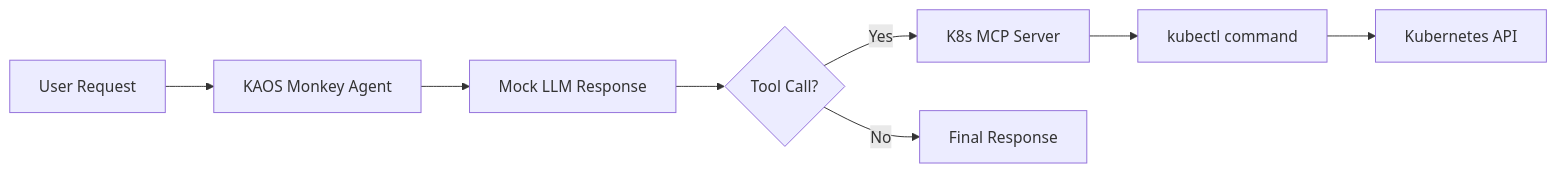
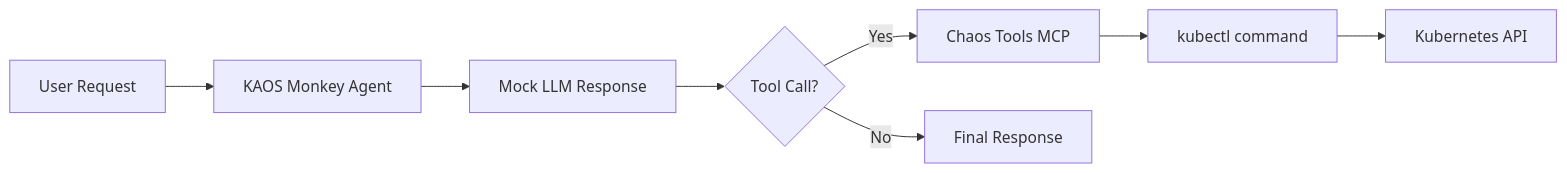
Before and after one commit to axsaucedo/kaos: the diagram in docs/examples/kaos-monkey.md, drawn with Mermaid. The commit also changed other lines of this file and 2 other files, not shown here.

````diff
--- a/docs/examples/kaos-monkey.md
+++ b/docs/examples/kaos-monkey.md
@@ -114,10 +287,10 @@
 ```mermaid
 graph LR
     A[User Request] --> B[KAOS Monkey Agent]
     B --> C[Mock LLM Response]
     C --> D{Tool Call?}
-    D -->|Yes| E[K8s MCP Server]
+    D -->|Yes| E[Chaos Tools MCP]
     E --> F[kubectl command]
     F --> G[Kubernetes API]
     D -->|No| H[Final Response]
 ```
````
